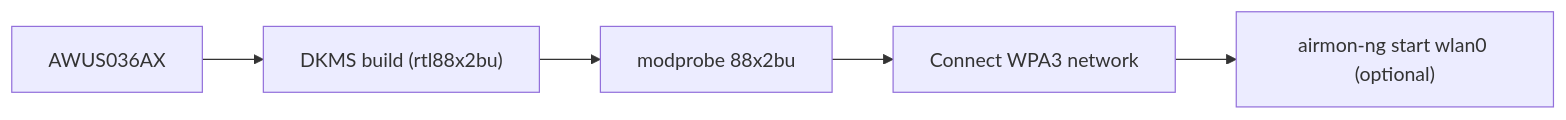
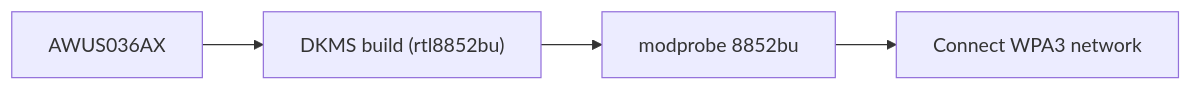
One commit to yopitek/yupitek-wiki changed the diagram in docs/01-alfa-network/products/awus036ax/index.md. Above: the diagram before and after it, drawn with Mermaid. The commit also changed other lines of this file and 8 other files, not shown here.

````diff
--- a/docs/01-alfa-network/products/awus036ax/index.md
+++ b/docs/01-alfa-network/products/awus036ax/index.md
@@ -49,7 +49,6 @@
 ```mermaid
 flowchart LR
-    A["AWUS036AX"] --> B["DKMS build (rtl88x2bu)"]
-    B --> C["modprobe 88x2bu"]
+    A["AWUS036AX"] --> B["DKMS build (rtl8852bu)"]
+    B --> C["modprobe 8852bu"]
     C --> D["Connect WPA3 network"]
-    D --> E["airmon-ng start wlan0 (optional)"]
 ```
````
